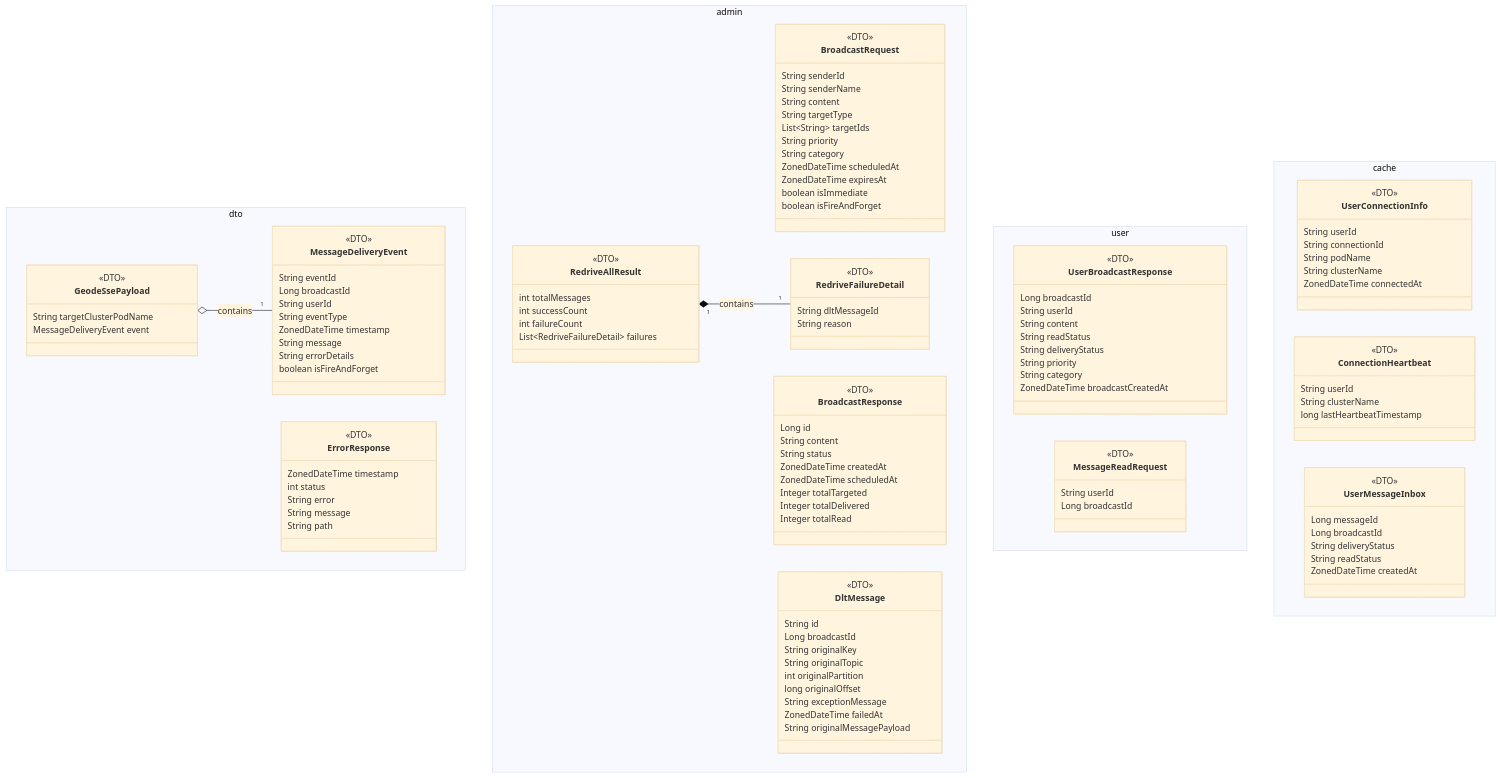
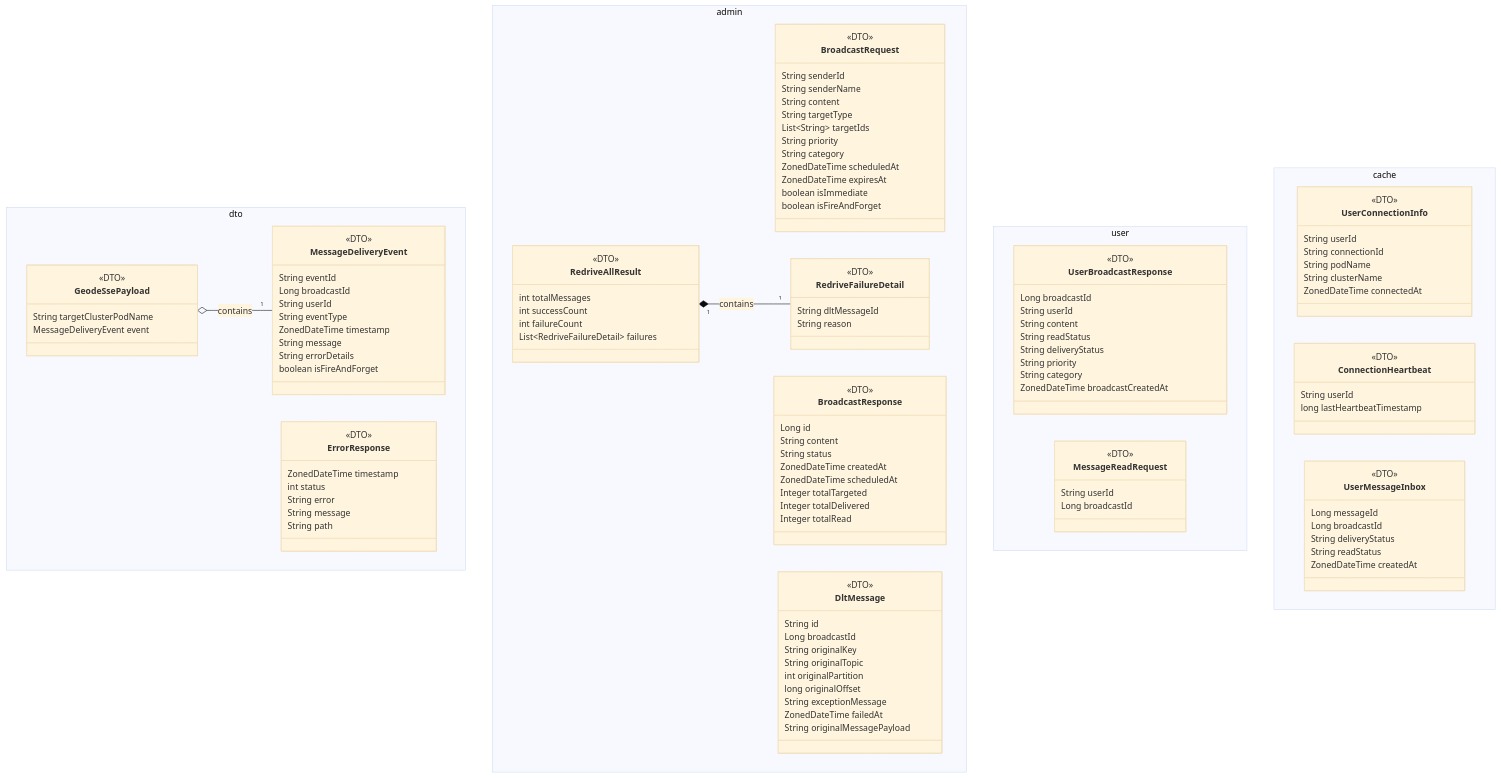
The diagram in MermaidDiagrams/class-dto.mmd (rsrini7/Notification-SSE-GLM-Flux), drawn with Mermaid (base theme) before and after one commit. The commit also changed 10 other files, not shown here.

First line of the commit message:
refactor(diagrams): update mermaid diagrams to reflect architectural changes

```diff
--- a/MermaidDiagrams/class-dto.mmd
+++ b/MermaidDiagrams/class-dto.mmd
@@ -1,128 +1,127 @@
 classDiagram
     direction TB
 
     namespace dto {
         class MessageDeliveryEvent {
             <<DTO>>
             String eventId
             Long broadcastId
             String userId
             String eventType
             ZonedDateTime timestamp
             String message
             String errorDetails
             boolean isFireAndForget
         }
         class ErrorResponse {
             <<DTO>>
             ZonedDateTime timestamp
             int status
             String error
             String message
             String path
         }
         class GeodeSsePayload {
             <<DTO>>
             String targetClusterPodName
             MessageDeliveryEvent event
         }
     }
 
     namespace admin {
         class BroadcastRequest {
             <<DTO>>
             String senderId
             String senderName
             String content
             String targetType
             List~String~ targetIds
             String priority
             String category
             ZonedDateTime scheduledAt
             ZonedDateTime expiresAt
             boolean isImmediate
             boolean isFireAndForget
         }
         class BroadcastResponse {
             <<DTO>>
             Long id
             String content
             String status
             ZonedDateTime createdAt
             ZonedDateTime scheduledAt
             Integer totalTargeted
             Integer totalDelivered
             Integer totalRead
         }
         class DltMessage {
             <<DTO>>
             String id
             Long broadcastId
             String originalKey
             String originalTopic
             int originalPartition
             long originalOffset
             String exceptionMessage
             ZonedDateTime failedAt
             String originalMessagePayload
         }
         class RedriveAllResult {
             <<DTO>>
             int totalMessages
             int successCount
             int failureCount
             List~RedriveFailureDetail~ failures
         }
         class RedriveFailureDetail {
             <<DTO>>
             String dltMessageId
             String reason
         }
     }
 
     namespace user {
         class UserBroadcastResponse {
             <<DTO>>
             Long broadcastId
             String userId
             String content
             String readStatus
             String deliveryStatus
             String priority
             String category
             ZonedDateTime broadcastCreatedAt
         }
         class MessageReadRequest {
             <<DTO>>
             String userId
             Long broadcastId
         }
     }
 
     namespace cache {
         class UserConnectionInfo {
             <<DTO>>
             String userId
             String connectionId
             String podName
             String clusterName
             ZonedDateTime connectedAt
         }
         class ConnectionHeartbeat {
             <<DTO>>
             String userId
-            String clusterName
             long lastHeartbeatTimestamp
         }
         class UserMessageInbox {
             <<DTO>>
             Long messageId
             Long broadcastId
             String deliveryStatus
             String readStatus
             ZonedDateTime createdAt
         }
     }
     
     RedriveAllResult "1" *-- "1" RedriveFailureDetail : contains
     GeodeSsePayload o-- "1" MessageDeliveryEvent : contains
```
